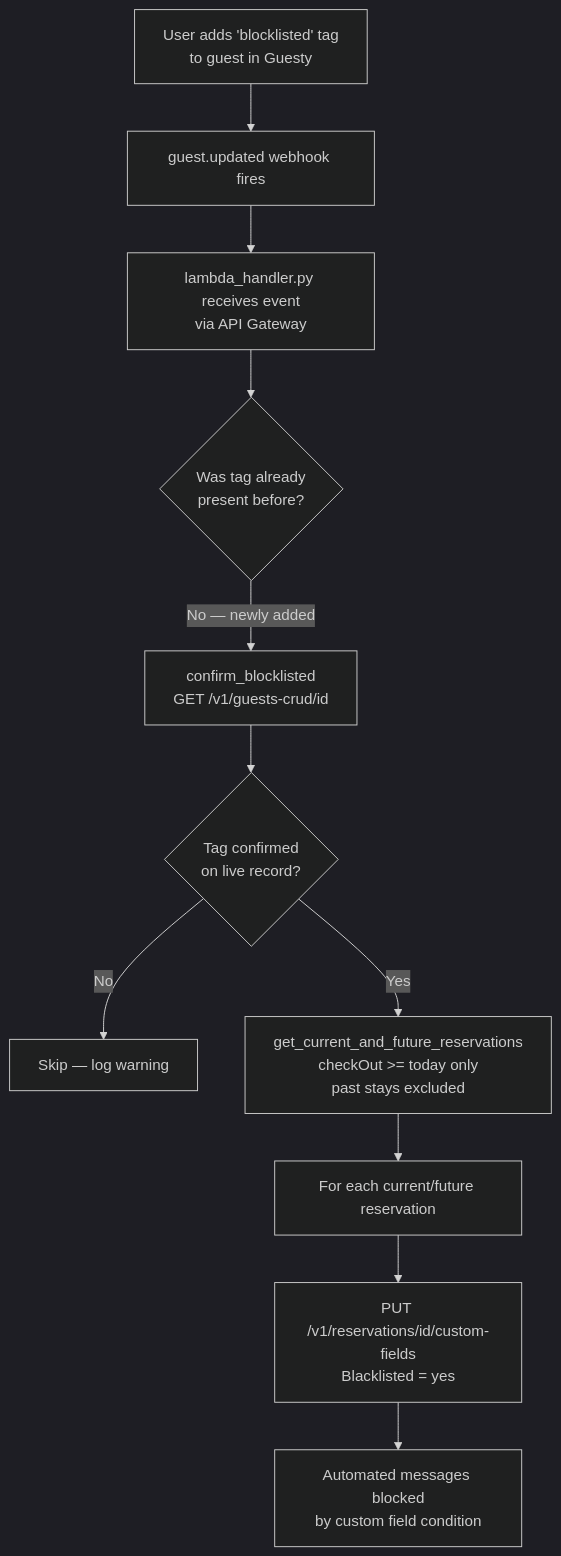
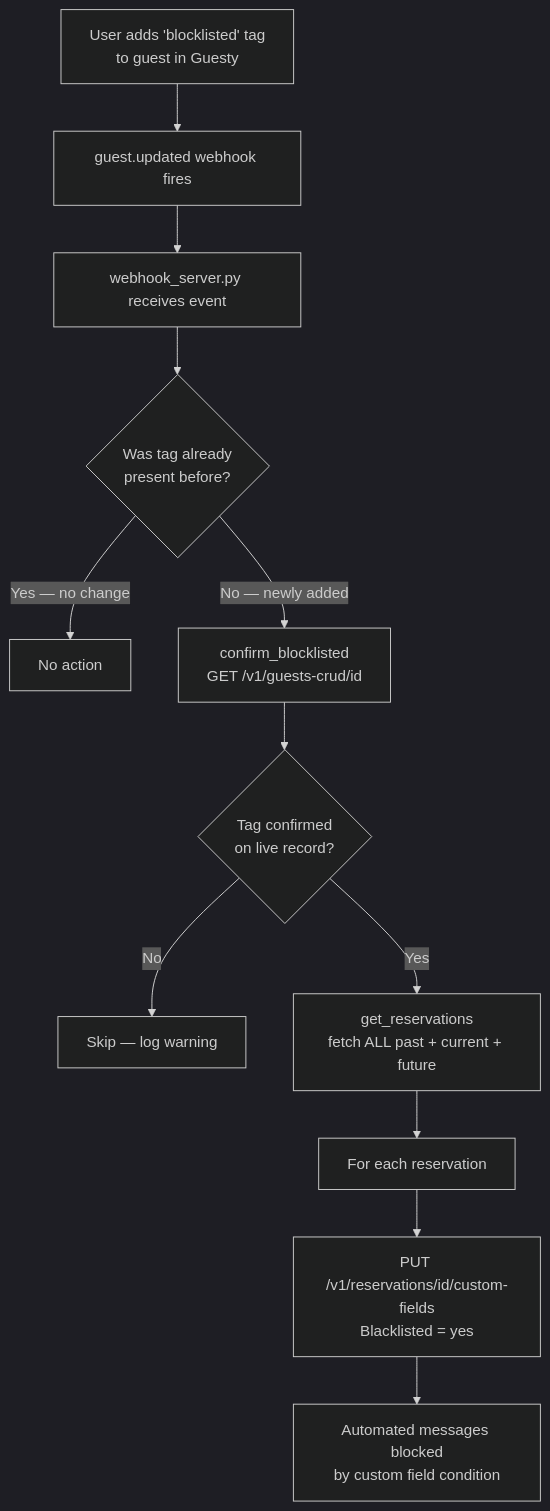
One commit to davidlin1123/Guesty-API changed the second of 3 diagrams in README.md. Above: the diagram before and after it, drawn with Mermaid (dark theme). The commit also changed other lines of this file and 18 other files, not shown here.

````diff
--- a/README.md
+++ b/README.md
@@ -68,13 +52,14 @@
 ```mermaid
 flowchart TD
     A[User adds 'blocklisted' tag\nto guest in Guesty] --> B[guest.updated webhook fires]
-    B --> C[lambda_handler.py receives event\nvia API Gateway]
+    B --> C[webhook_server.py receives event]
     C --> D{Was tag already\npresent before?}
+    D -->|Yes — no change| E[No action]
     D -->|No — newly added| F[confirm_blocklisted\nGET /v1/guests-crud/id]
     F --> G{Tag confirmed\non live record?}
     G -->|No| H[Skip — log warning]
-    G -->|Yes| I[get_current_and_future_reservations\ncheckOut >= today only\npast stays excluded]
-    I --> J[For each current/future reservation]
+    G -->|Yes| I[get_reservations\nfetch ALL past + current + future]
+    I --> J[For each reservation]
     J --> K[PUT /v1/reservations/id/custom-fields\nBlacklisted = yes]
     K --> L[Automated messages blocked\nby custom field condition]
 ```
````
